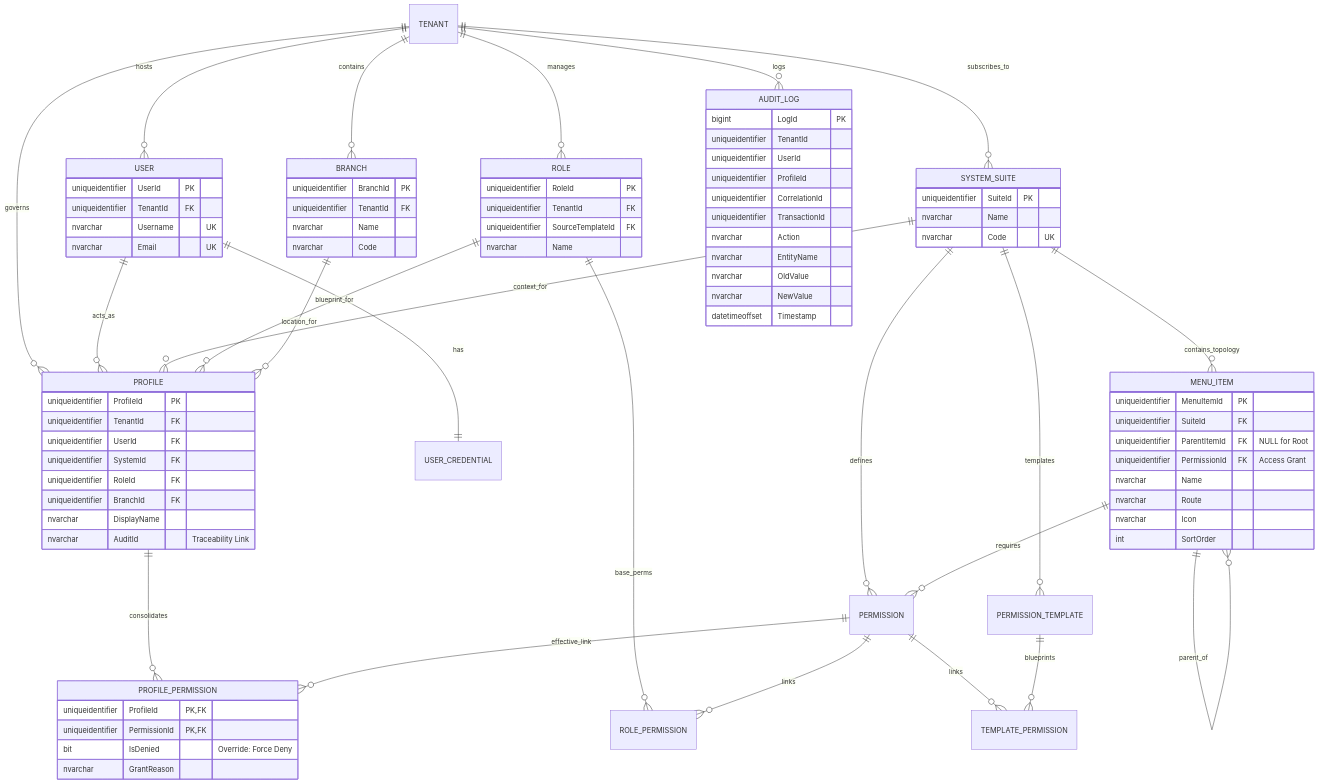
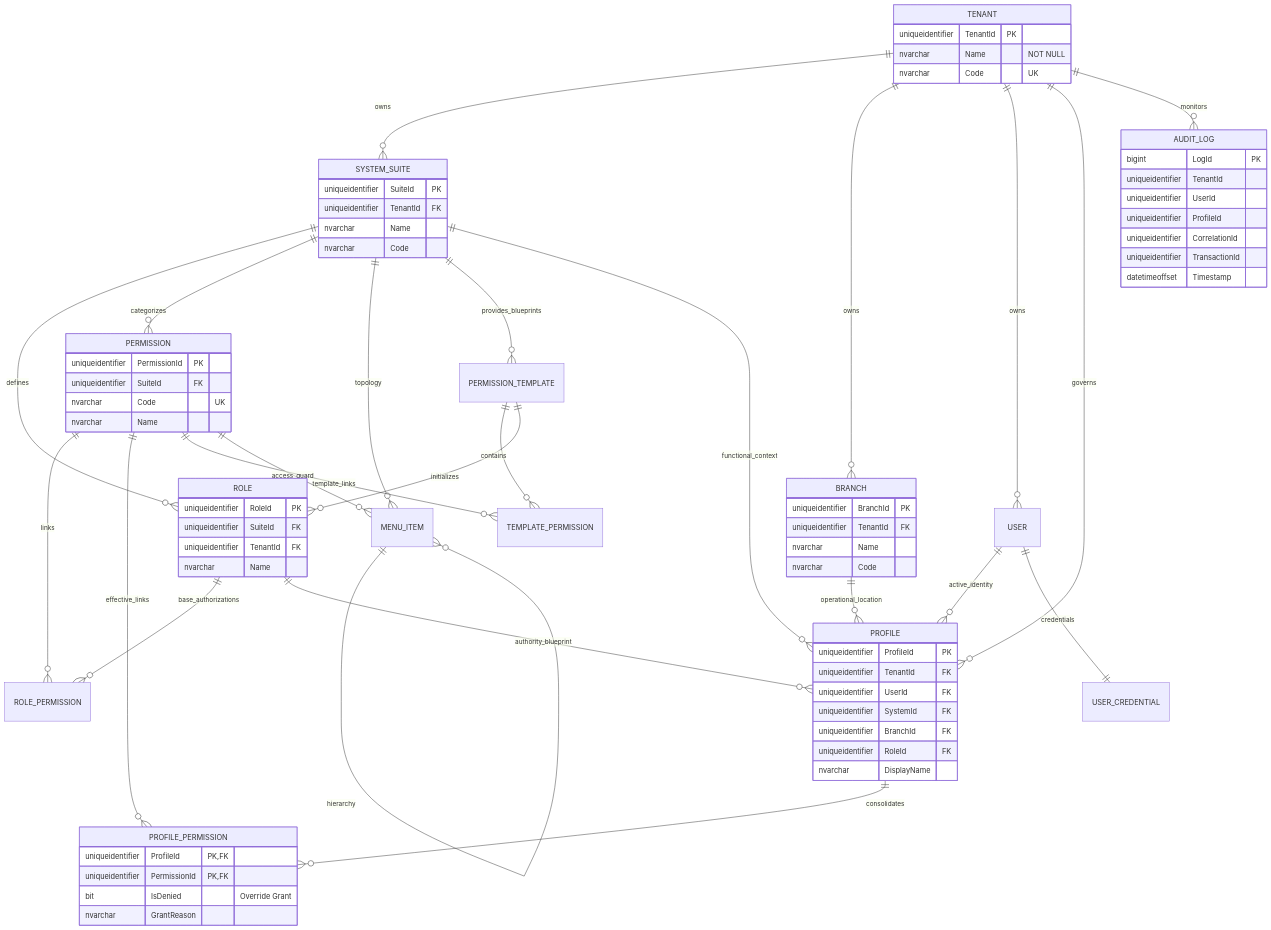
One commit to beyondnetcode/ums changed the diagram in architecture/blueprints/database-design-er.md. Above: the diagram before and after it, drawn with Mermaid. The commit also changed other lines of this file and 5 other files, not shown here.

````diff
--- a/architecture/blueprints/database-design-er.md
+++ b/architecture/blueprints/database-design-er.md
@@ -31,72 +33,48 @@
 ```mermaid
 erDiagram
-    TENANT ||--o{ USER : "hosts"
-    TENANT ||--o{ SYSTEM_SUITE : "subscribes_to"
-    TENANT ||--o{ BRANCH : "contains"
-    TENANT ||--o{ ROLE : "manages"
+    TENANT ||--o{ SYSTEM_SUITE : "owns"
+    TENANT ||--o{ BRANCH : "owns"
+    TENANT ||--o{ USER : "owns"
     TENANT ||--o{ PROFILE : "governs"
-    TENANT ||--o{ AUDIT_LOG : "logs"
+    TENANT ||--o{ AUDIT_LOG : "monitors"
 
-    USER ||--o{ PROFILE : "acts_as"
-    USER ||--|| USER_CREDENTIAL : "has"
+    SYSTEM_SUITE ||--o{ ROLE : "defines"
+    SYSTEM_SUITE ||--o{ PERMISSION : "categorizes"
+    SYSTEM_SUITE ||--o{ MENU_ITEM : "topology"
+    SYSTEM_SUITE ||--o{ PERMISSION_TEMPLATE : "provides_blueprints"
+    SYSTEM_SUITE ||--o{ PROFILE : "functional_context"
 
-    SYSTEM_SUITE ||--o{ PERMISSION : "defines"
-    SYSTEM_SUITE ||--o{ PERMISSION_TEMPLATE : "templates"
-    SYSTEM_SUITE ||--o{ PROFILE : "context_for"
-    SYSTEM_SUITE ||--o{ MENU_ITEM : "contains_topology"
+    BRANCH ||--o{ PROFILE : "operational_location"
 
-    MENU_ITEM ||--o{ MENU_ITEM : "parent_of"
-    MENU_ITEM ||--o{ PERMISSION : "requires"
+    USER ||--o{ PROFILE : "active_identity"
+    USER ||--|| USER_CREDENTIAL : "credentials"
 
-    ROLE ||--o{ PROFILE : "blueprint_for"
-    ROLE ||--o{ ROLE_PERMISSION : "base_perms"
+    ROLE ||--o{ ROLE_PERMISSION : "base_authorizations"
+    ROLE ||--o{ PROFILE : "authority_blueprint"
 
-    BRANCH ||--o{ PROFILE : "location_for"
+    PERMISSION ||--o{ ROLE_PERMISSION : "links"
+    PERMISSION ||--o{ PROFILE_PERMISSION : "effective_links"
+    PERMISSION ||--o{ TEMPLATE_PERMISSION : "template_links"
+    PERMISSION ||--o{ MENU_ITEM : "access_guard"
+
+    PERMISSION_TEMPLATE ||--o{ TEMPLATE_PERMISSION : "contains"
+    PERMISSION_TEMPLATE ||--o{ ROLE : "initializes"
 
     PROFILE ||--o{ PROFILE_PERMISSION : "consolidates"
 
-    PERMISSION ||--o{ ROLE_PERMISSION : "links"
-    PERMISSION ||--o{ PROFILE_PERMISSION : "effective_link"
-    PERMISSION ||--o{ TEMPLATE_PERMISSION : "links"
+    MENU_ITEM ||--o{ MENU_ITEM : "hierarchy"
 
-    PERMISSION_TEMPLATE ||--o{ TEMPLATE_PERMISSION : "blueprints"
-
-    PROFILE {
-        uniqueidentifier ProfileId PK
-        uniqueidentifier TenantId FK
-        uniqueidentifier UserId FK
-        uniqueidentifier SystemId FK
-        uniqueidentifier RoleId FK
-        uniqueidentifier BranchId FK
-        nvarchar DisplayName
-        nvarchar AuditId "Traceability Link"
-    }
-
-    PROFILE_PERMISSION {
-        uniqueidentifier ProfileId PK, FK
-        uniqueidentifier PermissionId PK, FK
-        bit IsDenied "Override: Force Deny"
-        nvarchar GrantReason
-    }
-
-    USER {
-        uniqueidentifier UserId PK
-        uniqueidentifier TenantId FK
-        nvarchar Username "UK"
-        nvarchar Email "UK"
-    }
-
-    ROLE {
-        uniqueidentifier RoleId PK
-        uniqueidentifier TenantId FK
-        uniqueidentifier SourceTemplateId FK
-        nvarchar Name
+    TENANT {
+        uniqueidentifier TenantId PK
+        nvarchar Name "NOT NULL"
+        nvarchar Code "UK"
     }
 
     SYSTEM_SUITE {
         uniqueidentifier SuiteId PK
+        uniqueidentifier TenantId FK
         nvarchar Name
-        nvarchar Code "UK"
+        nvarchar Code
     }
 
     BRANCH {
@@ -106,15 +84,35 @@
         nvarchar Code
     }
 
-    MENU_ITEM {
-        uniqueidentifier MenuItemId PK
+    ROLE {
+        uniqueidentifier RoleId PK
         uniqueidentifier SuiteId FK
-        uniqueidentifier ParentItemId FK "NULL for Root"
-        uniqueidentifier PermissionId FK "Access Grant"
+        uniqueidentifier TenantId FK
         nvarchar Name
-        nvarchar Route
-        nvarchar Icon
-        int SortOrder
+    }
+
+    PROFILE {
+        uniqueidentifier ProfileId PK
+        uniqueidentifier TenantId FK
+        uniqueidentifier UserId FK
+        uniqueidentifier SystemId FK
+        uniqueidentifier BranchId FK
+        uniqueidentifier RoleId FK
+        nvarchar DisplayName
+    }
+
+    PROFILE_PERMISSION {
+        uniqueidentifier ProfileId PK, FK
+        uniqueidentifier PermissionId PK, FK
+        bit IsDenied "Override Grant"
+        nvarchar GrantReason
+    }
+
+    PERMISSION {
+        uniqueidentifier PermissionId PK
+        uniqueidentifier SuiteId FK
+        nvarchar Code "UK"
+        nvarchar Name
     }
 
     AUDIT_LOG {
@@ -124,10 +122,6 @@
         uniqueidentifier ProfileId
         uniqueidentifier CorrelationId
         uniqueidentifier TransactionId
-        nvarchar Action
-        nvarchar EntityName
-        nvarchar OldValue
-        nvarchar NewValue
         datetimeoffset Timestamp
     }
 ```
````
